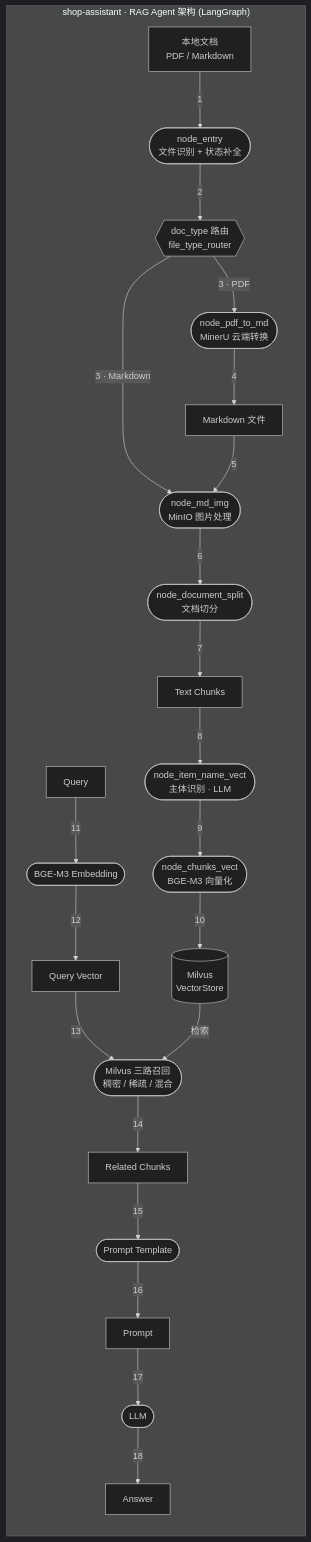
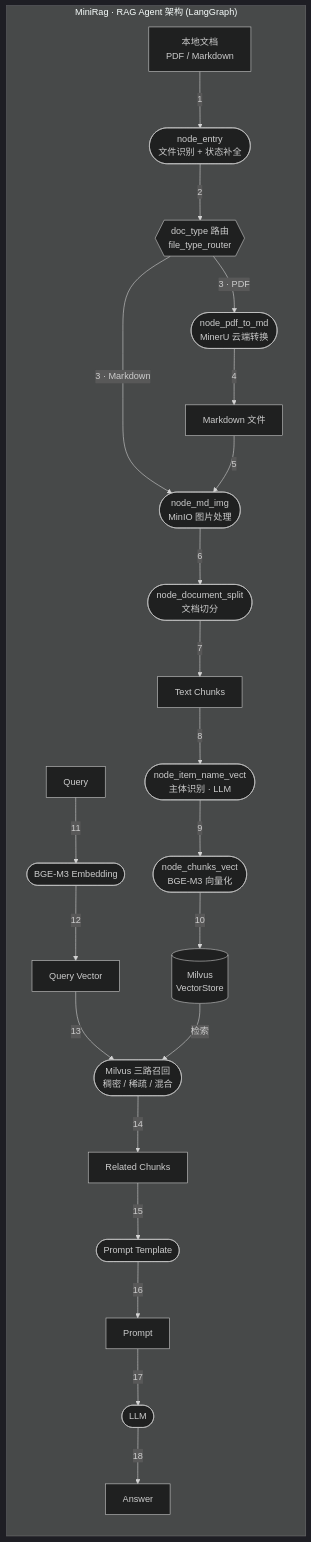
Before and after one commit to Refone/MiniRAG: the diagram in docs/architecture.md, drawn with Mermaid (dark theme). The commit also changed other lines of this file and 14 other files, not shown here.

Commit message:
refacter(rename) 项目重命名 shop-assistant -> MiniRag

````diff
--- a/docs/architecture.md
+++ b/docs/architecture.md
@@ -9,54 +9,54 @@
 ```mermaid
 flowchart TD
-    subgraph Shop_Assistant ["shop-assistant · RAG Agent 架构 (LangGraph)"]
+    subgraph MiniRag ["MiniRag · RAG Agent 架构 (LangGraph)"]
         direction TB
 
         %% ===== 链路1: 文档导入 (import_processor) =====
         D0["本地文档<br/>PDF / Markdown"]
         E0(["node_entry<br/>文件识别 + 状态补全"])
         R0{{"doc_type 路由<br/>file_type_router"}}
         E1(["node_pdf_to_md<br/>MinerU 云端转换"])
         E2["Markdown 文件"]
         E3(["node_md_img<br/>MinIO 图片处理"])
         E4(["node_document_split<br/>文档切分"])
         E5["Text Chunks"]
         E6(["node_item_name_vect<br/>主体识别 · LLM"])
         E7(["node_chunks_vect<br/>BGE-M3 向量化"])
         E8[("Milvus<br/>VectorStore")]
 
         %% ===== 链路2: 查询与检索 (query_processor, 待实现) =====
         Q1["Query"]
         Q2(["BGE-M3 Embedding"])
         Q3["Query Vector"]
         Q4(["Milvus 三路召回<br/>稠密 / 稀疏 / 混合"])
         Q5["Related Chunks"]
         Q6(["Prompt Template"])
         Q7["Prompt"]
         Q8(["LLM"])
         Q9["Answer"]
 
         %% 链路1 边
         D0 -->|"1"| E0
         E0 -->|"2"| R0
         R0 -->|"3 · PDF"| E1
         R0 -->|"3 · Markdown"| E3
         E1 -->|"4"| E2
         E2 -->|"5"| E3
         E3 -->|"6"| E4
         E4 -->|"7"| E5
         E5 -->|"8"| E6
         E6 -->|"9"| E7
         E7 -->|"10"| E8
 
         %% 链路2 边
         Q1 -->|"11"| Q2
         Q2 -->|"12"| Q3
         Q3 -->|"13"| Q4
         E8 -->|"检索"| Q4
         Q4 -->|"14"| Q5
         Q5 -->|"15"| Q6
         Q6 -->|"16"| Q7
         Q7 -->|"17"| Q8
         Q8 -->|"18"| Q9
     end
 ```
````
